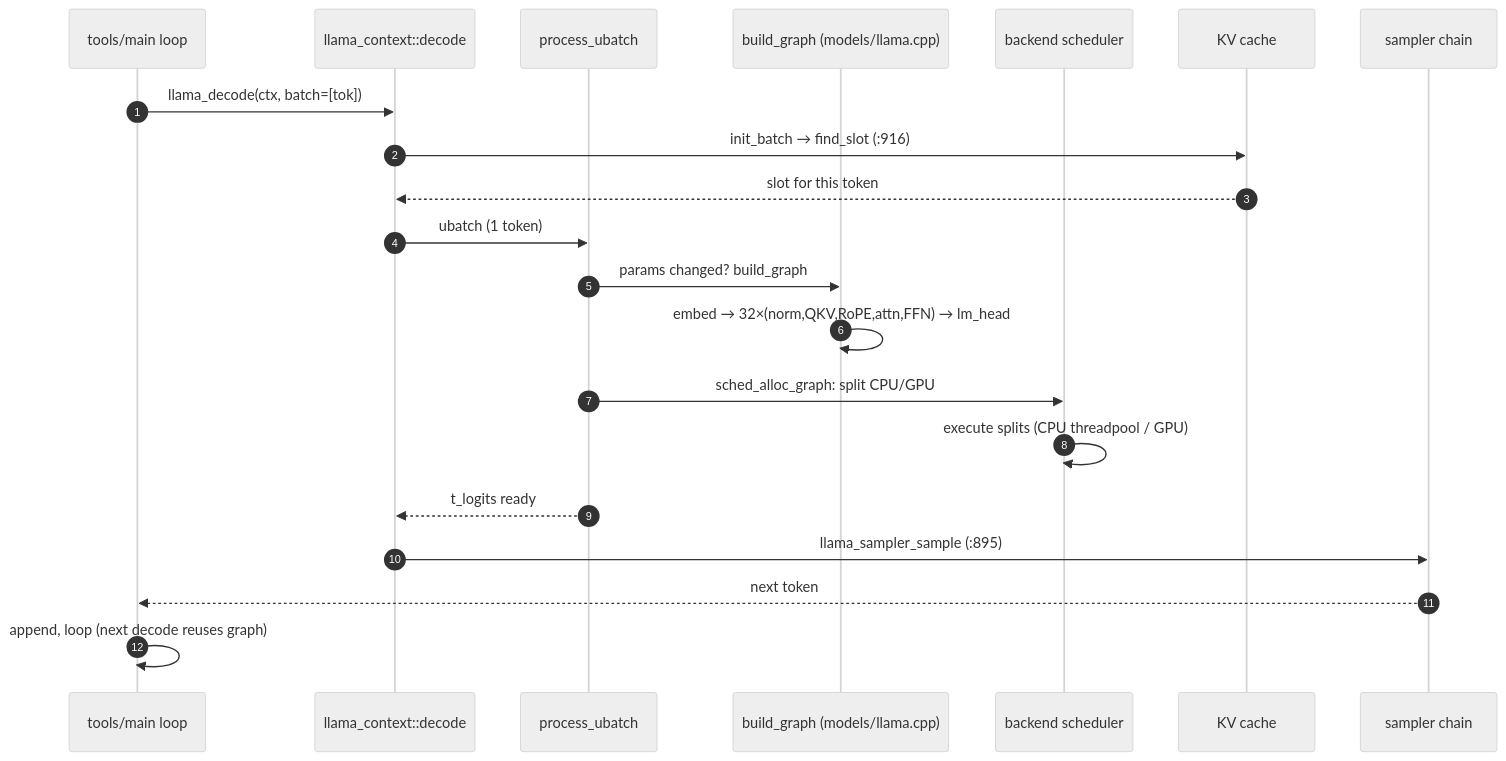
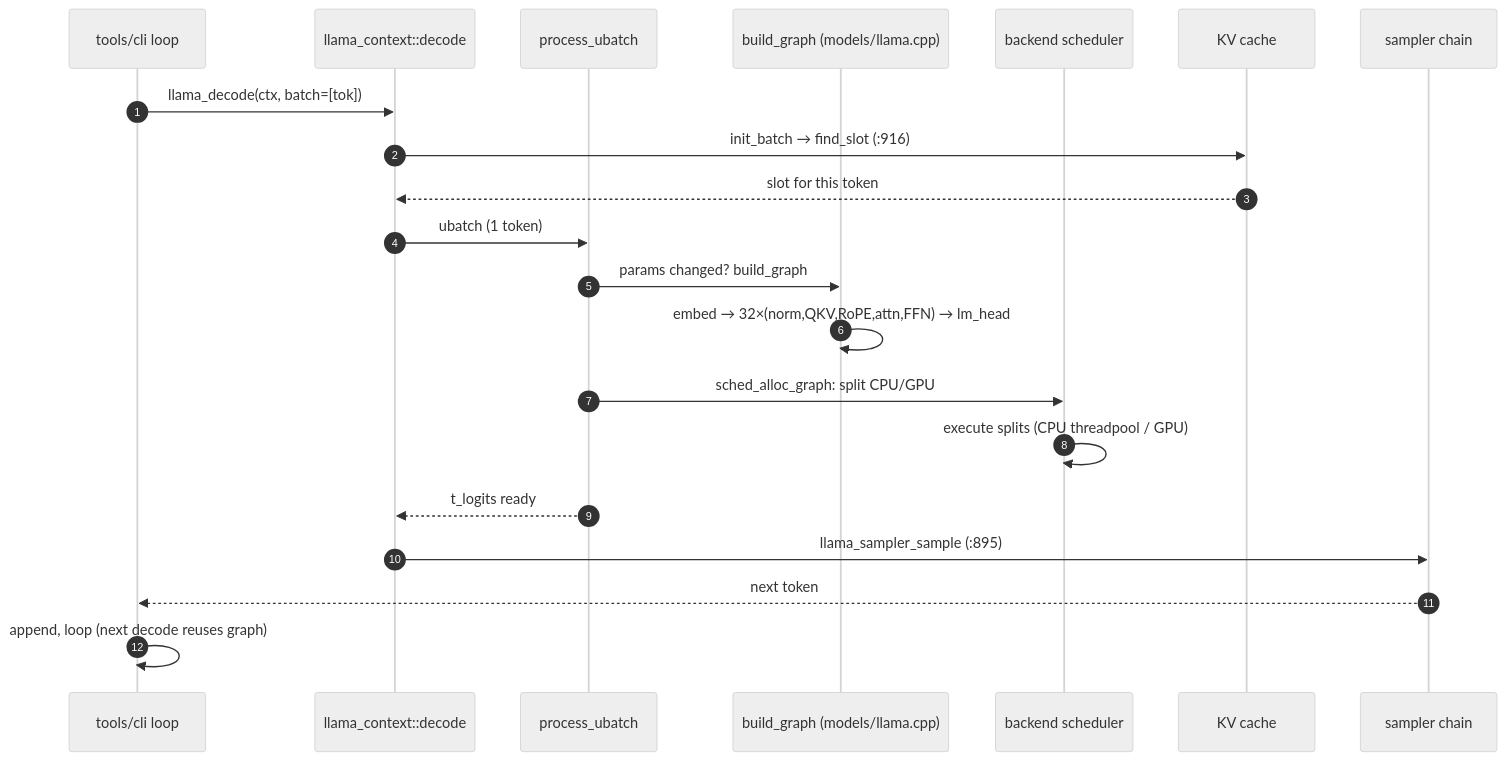
Before and after one commit to acailic/system-design-atlas: the second of 2 diagrams in deep-dives/llama-cpp.md, drawn with Mermaid (neutral theme). The commit also changed other lines of this file and 9 other files, not shown here.

````diff
--- a/deep-dives/llama-cpp.md
+++ b/deep-dives/llama-cpp.md
@@ -137,24 +137,24 @@
 ```mermaid
 sequenceDiagram
     autonumber
-    participant M as tools/main loop
+    participant M as tools/cli loop
     participant D as llama_context::decode
     participant P as process_ubatch
     participant B as build_graph (models/llama.cpp)
     participant S as backend scheduler
     participant K as KV cache
     participant X as sampler chain
 
     M->>D: llama_decode(ctx, batch=[tok])
     D->>K: init_batch → find_slot (:916)
     K-->>D: slot for this token
     D->>P: ubatch (1 token)
     P->>B: params changed? build_graph
     B->>B: embed → 32×(norm,QKV,RoPE,attn,FFN) → lm_head
     P->>S: sched_alloc_graph: split CPU/GPU
     S->>S: execute splits (CPU threadpool / GPU)
     P-->>D: t_logits ready
     D->>X: llama_sampler_sample (:895)
     X-->>M: next token
     M->>M: append, loop (next decode reuses graph)
 ```
````
